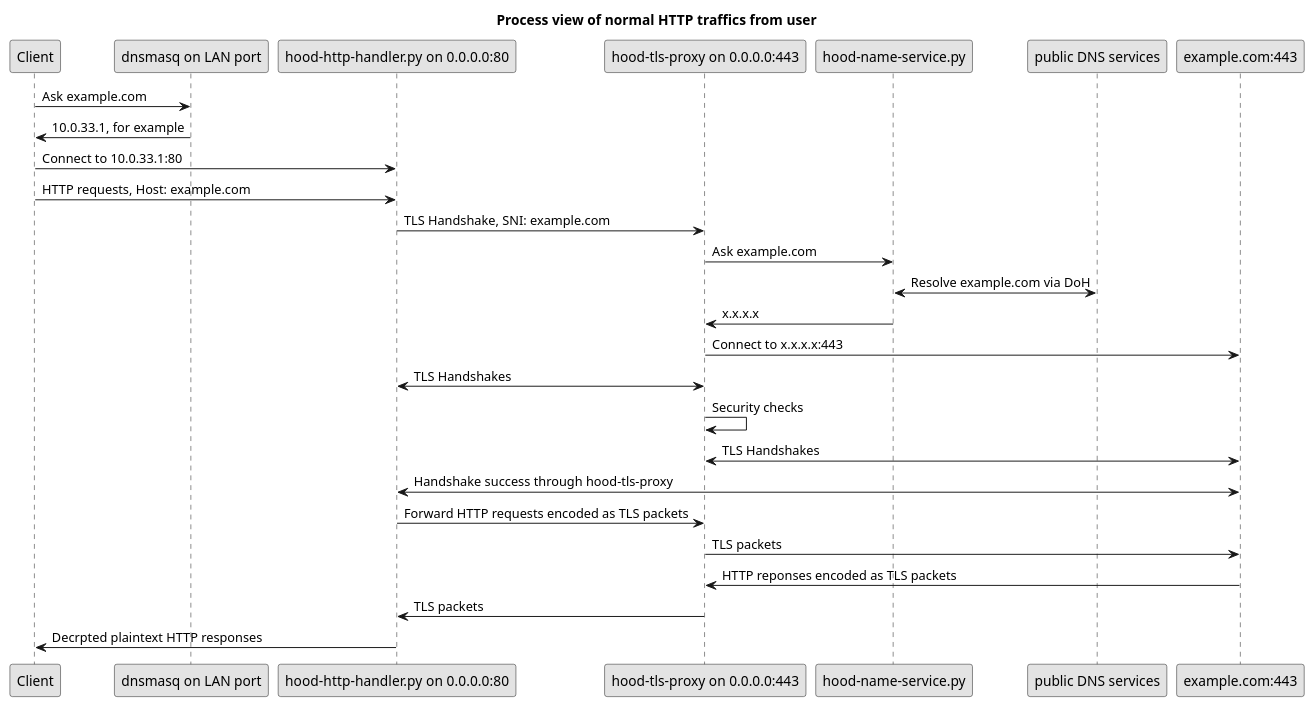
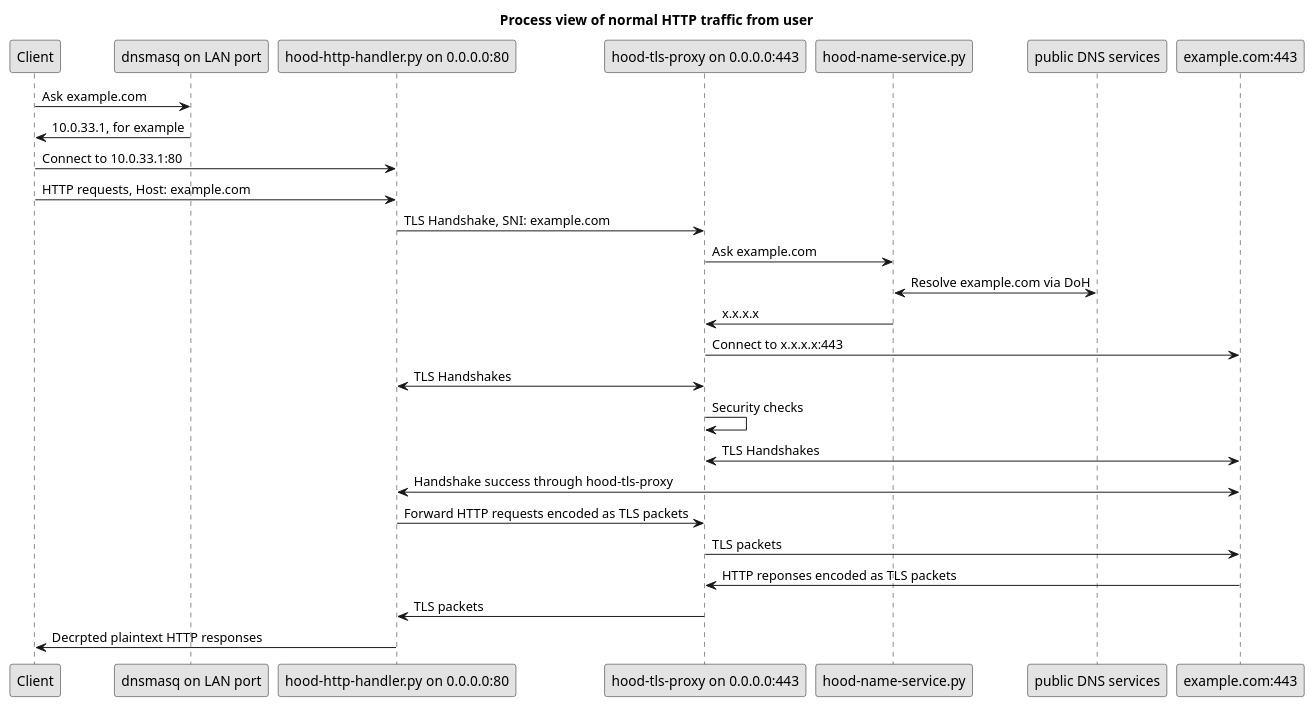
The diagram in paper/graphics/puml/process-http-traffic.puml (YongBinnnnnnnnnnnnnnnnnnnnnnnnnnnnnnnnn/hood), drawn with PlantUML before and after one commit. The commit also changed 8 other files, not shown here.

Commit message:
paper: fix typo in graph and update pdf

```diff
--- a/paper/graphics/puml/process-http-traffic.puml
+++ b/paper/graphics/puml/process-http-traffic.puml
@@ -1,38 +1,38 @@
 @startuml
 
 skinparam monochrome true
 skinparam shadowing false
 skinparam defaultFontName Arial
 skinparam componentStyle rectangle
 
-title Process view of normal HTTP traffics from user
+title Process view of normal HTTP traffic from user
 
 participant "Client" as CLIENT
 participant "dnsmasq on LAN port" as DNSLAN
 participant "hood-http-handler.py on 0.0.0.0:80" as HOODHTTP
 participant "hood-tls-proxy on 0.0.0.0:443" as HOODTLS
 participant "hood-name-service.py" as HOODNAME
 participant "public DNS services" as PUBDNS
 participant "example.com:443" as HTTP
 
 CLIENT -> DNSLAN: Ask example.com
 DNSLAN -> CLIENT: 10.0.33.1, for example
 CLIENT -> HOODHTTP: Connect to 10.0.33.1:80
 CLIENT -> HOODHTTP: HTTP requests, Host: example.com
 HOODHTTP -> HOODTLS: TLS Handshake, SNI: example.com
 HOODTLS -> HOODNAME: Ask example.com
 HOODNAME <-> PUBDNS: Resolve example.com via DoH
 HOODNAME -> HOODTLS: x.x.x.x
 HOODTLS -> HTTP: Connect to x.x.x.x:443
 HOODTLS <-> HOODHTTP: TLS Handshakes
 HOODTLS -> HOODTLS: Security checks
 HOODTLS <-> HTTP: TLS Handshakes
 HOODHTTP <-> HTTP: Handshake success through hood-tls-proxy
 HOODHTTP -> HOODTLS: Forward HTTP requests encoded as TLS packets
 HOODTLS -> HTTP: TLS packets
 HTTP -> HOODTLS: HTTP reponses encoded as TLS packets
 HOODTLS -> HOODHTTP: TLS packets
 HOODHTTP -> CLIENT: Decrpted plaintext HTTP responses
 
 
 @enduml
```
